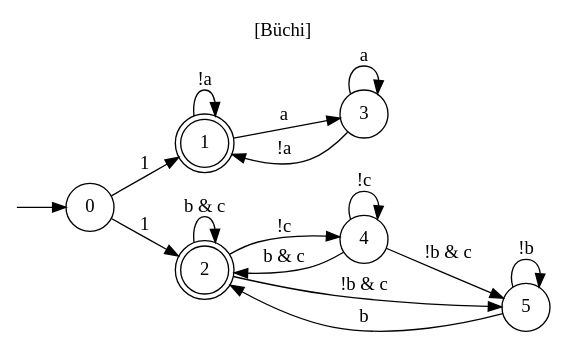
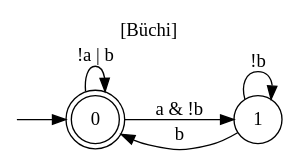
One commit to NinaStJohn/Robotics_Research changed the diagram in simulation/aut.dot. Above: the diagram before and after it, drawn with Graphviz. The commit also changed 5 other files, not shown here.

```diff
--- a/simulation/aut.dot
+++ b/simulation/aut.dot
@@ -1,28 +1,14 @@
 digraph "" {
   rankdir=LR
   label="[Büchi]"
   labelloc="t"
   node [shape="circle"]
   I [label="", style=invis, width=0]
   I -> 0
-  0 [label="0"]
-  0 -> 1 [label="1"]
-  0 -> 2 [label="1"]
-  1 [label="1", peripheries=2]
-  1 -> 1 [label="!a"]
-  1 -> 3 [label="a"]
-  2 [label="2", peripheries=2]
-  2 -> 2 [label="b & c"]
-  2 -> 4 [label="!c"]
-  2 -> 5 [label="!b & c"]
-  3 [label="3"]
-  3 -> 1 [label="!a"]
-  3 -> 3 [label="a"]
-  4 [label="4"]
-  4 -> 2 [label="b & c"]
-  4 -> 4 [label="!c"]
-  4 -> 5 [label="!b & c"]
-  5 [label="5"]
-  5 -> 2 [label="b"]
-  5 -> 5 [label="!b"]
+  0 [label="0", peripheries=2]
+  0 -> 0 [label="!a | b"]
+  0 -> 1 [label="a & !b"]
+  1 [label="1"]
+  1 -> 0 [label="b"]
+  1 -> 1 [label="!b"]
 }
```
